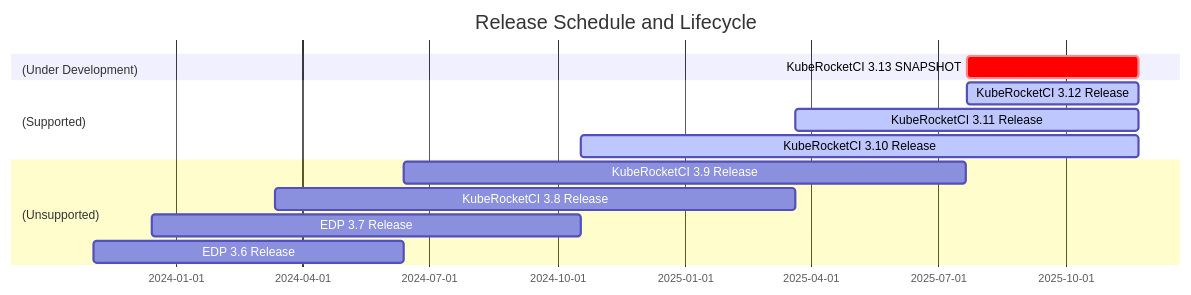
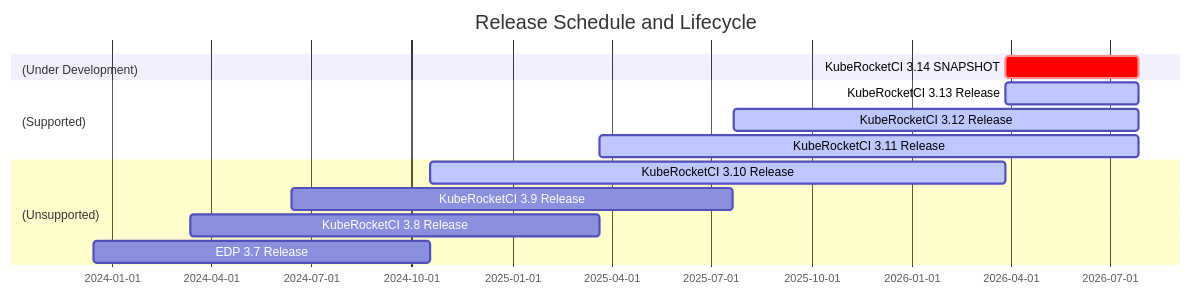
The diagram in docs/supported-versions.md (KubeRocketCI/docs), drawn with Mermaid before and after one commit. The commit also changed other lines of this file and 2 other files, not shown here.

Commit message:
EPMDEDP-16404: docs: Update Getting Started (#534)

````diff
--- a/docs/supported-versions.md
+++ b/docs/supported-versions.md
@@ -19,29 +19,29 @@
 ```mermaid
 gantt
     dateFormat  YYYY-MM-DD
     title Release Schedule and Lifecycle
 
     section (Under Development)
-    KubeRocketCI 3.13 SNAPSHOT: crit, r41, 2025-07-22, 2025-11-22
+    KubeRocketCI 3.14 SNAPSHOT: crit, r44, 2026-03-27, 2026-07-27
 
     section (Supported)
-    KubeRocketCI 3.12 Release: active, r41, 2025-07-22, 2025-11-22
+    KubeRocketCI 3.13 Release: active, r43, 2026-03-27, 2026-07-27
 
     section (Supported)
-    KubeRocketCI 3.11 Release: active, r41, 2025-03-21, 2025-11-22
+    KubeRocketCI 3.12 Release: active, r42, 2025-07-22, 2026-07-27
 
     section (Supported)
-    KubeRocketCI 3.10 Release: active, r40, 2024-10-18, 2025-11-22
+    KubeRocketCI 3.11 Release: active, r41, 2025-03-21, 2026-07-27
+
+    section (Unsupported)
+    KubeRocketCI 3.10 Release: active, r40, 2024-10-18, 2026-03-27
 
     section (Unsupported)
     KubeRocketCI 3.9 Release: r39, 2024-06-13, 2025-07-21
 
     section (Unsupported)
     KubeRocketCI 3.8 Release: r38, 2024-03-12, 2025-03-21
 
     section (Unsupported)
     EDP 3.7 Release: r37, 2023-12-15, 2024-10-18
-
-    section (Unsupported)
-    EDP 3.6 Release: r36, 2023-11-03, 2024-06-13
 ```
````
